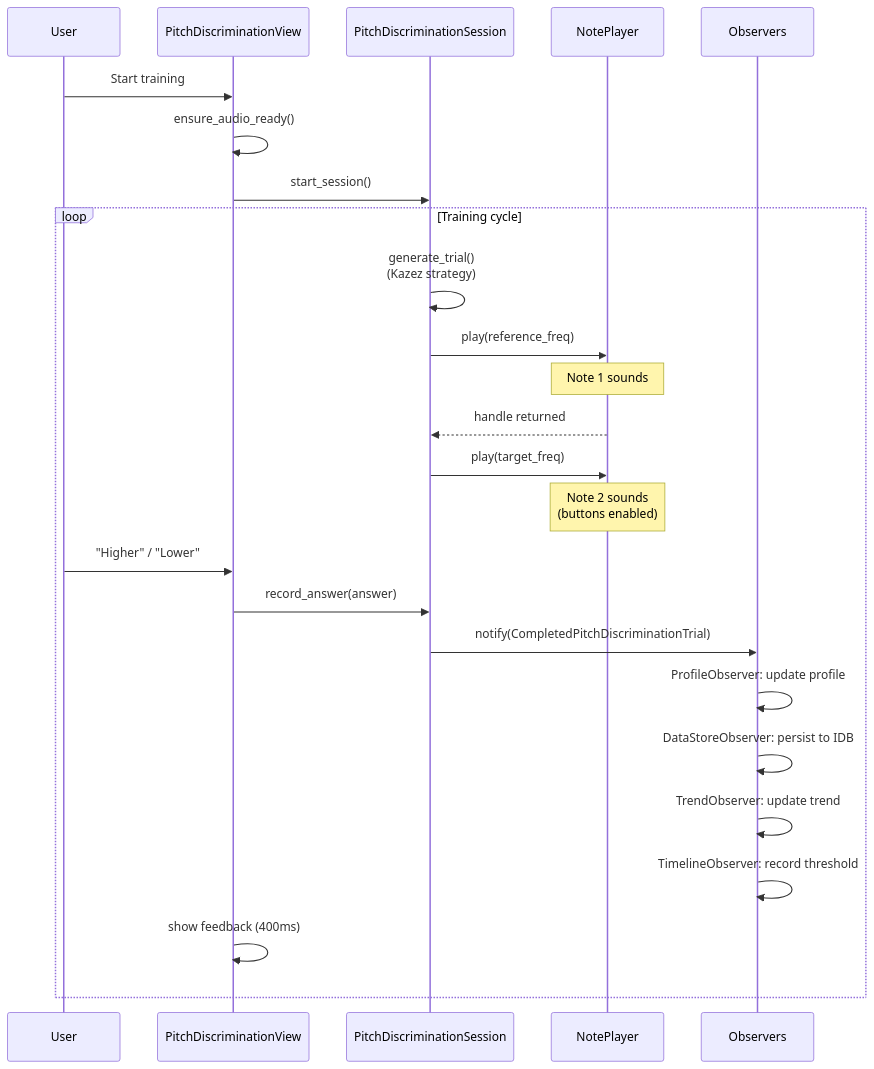
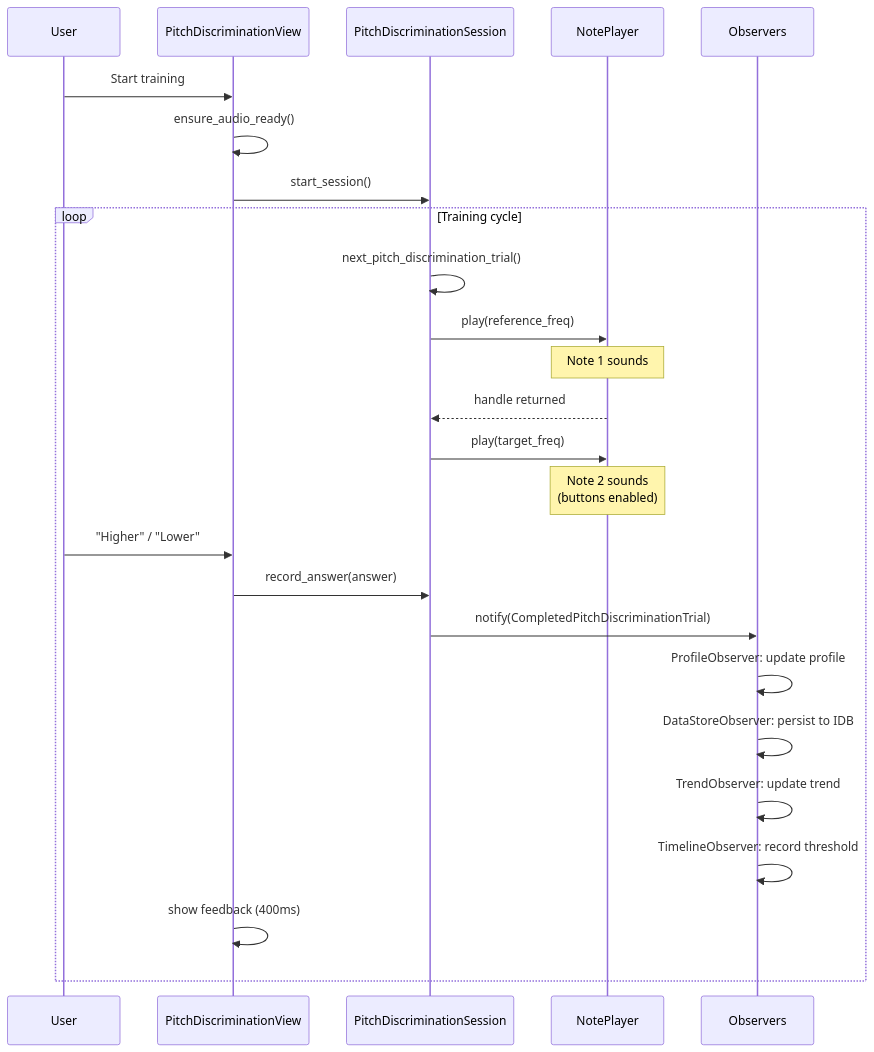
Before and after one commit to mschuerig/peach-web: the sixth of 10 diagrams in docs/arc42-architecture.md, drawn with Mermaid. The commit also changed 5 other files, not shown here.

````diff
--- a/docs/arc42-architecture.md
+++ b/docs/arc42-architecture.md
@@ -248,29 +248,29 @@
 ```mermaid
 sequenceDiagram
     participant U as User
     participant CV as PitchDiscriminationView
     participant S as PitchDiscriminationSession
     participant NP as NotePlayer
     participant O as Observers
 
     U->>CV: Start training
     CV->>CV: ensure_audio_ready()
     CV->>S: start_session()
 
     loop Training cycle
-        S->>S: generate_trial()<br/>(Kazez strategy)
+        S->>S: next_pitch_discrimination_trial()
         S->>NP: play(reference_freq)
         Note over NP: Note 1 sounds
         NP-->>S: handle returned
         S->>NP: play(target_freq)
         Note over NP: Note 2 sounds<br/>(buttons enabled)
         U->>CV: "Higher" / "Lower"
         CV->>S: record_answer(answer)
         S->>O: notify(CompletedPitchDiscriminationTrial)
         O->>O: ProfileObserver: update profile
         O->>O: DataStoreObserver: persist to IDB
         O->>O: TrendObserver: update trend
         O->>O: TimelineObserver: record threshold
         CV->>CV: show feedback (400ms)
     end
 ```
````
